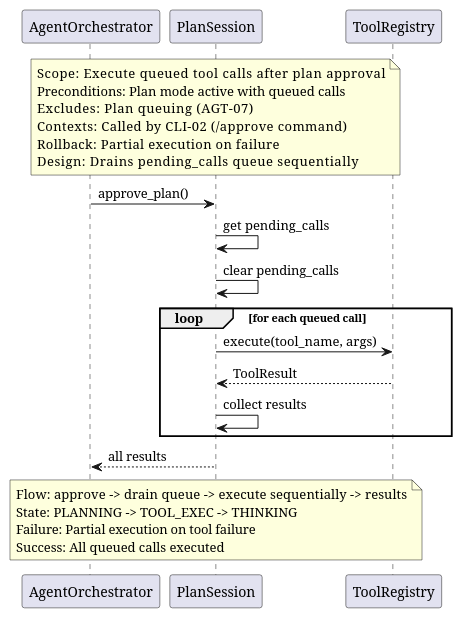
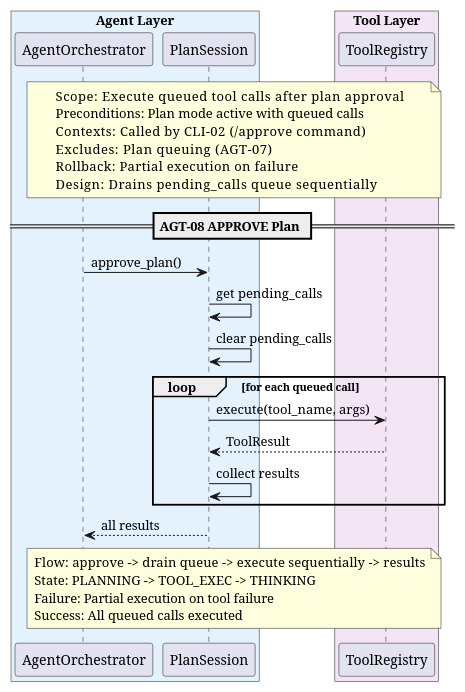
The diagram in docs/sq/AGT/sq_agt08_approve_plan.puml (salimnamvar/nasim), drawn with PlantUML before and after one commit. The commit also changed 37 other files, not shown here.

First line of the commit message:
docs: Refactor and enhance SQ, CTX, LLM, PRV, SAF, SSN, and TL diagrams for clarity and consistency

```diff
--- a/docs/sq/AGT/sq_agt08_approve_plan.puml
+++ b/docs/sq/AGT/sq_agt08_approve_plan.puml
@@ -1,49 +1,50 @@
 @startuml sq_agt08_approve_plan
 ' ============================================================
 ' Title:     AGT-08 — APPROVE Plan
 ' Boundary:  nasim code agent CLI
 ' Purpose:   Execute queued tool calls from plan mode
 ' Milestone: v1.0
 ' Version:   2.0.0
 ' Source:    docs/audit/audit_2026-06-20_capability-and-architecture.md
 ' Review:    —
 ' ============================================================
 
-participant "AgentOrchestrator" as agent
-participant "PlanSession" as plan
-participant "ToolRegistry" as registry
-
 box "Agent Layer" #E3F2FD
+  participant "AgentOrchestrator" as agent
+  participant "PlanSession" as plan
 end box
 box "Tool Layer" #F3E5F5
+  participant "ToolRegistry" as registry
 end box
 
-note over plan
+note over agent, registry
   Scope:          Execute queued tool calls after plan approval
   Preconditions:  Plan mode active with queued calls
+  Contexts:       Called by CLI-02 (/approve command)
   Excludes:       Plan queuing (AGT-07)
-  Contexts:       Called by CLI-02 (/approve command)
   Rollback:       Partial execution on failure
   Design:         Drains pending_calls queue sequentially
 end note
+
+== AGT-08 APPROVE Plan ==
 
 agent -> plan : approve_plan()
 plan -> plan : get pending_calls
 plan -> plan : clear pending_calls
 
 loop for each queued call
     plan -> registry : execute(tool_name, args)
     registry --> plan : ToolResult
     plan -> plan : collect results
 end
 
 plan --> agent : all results
 
-note over plan
+note over agent, registry
   Flow:    approve -> drain queue -> execute sequentially -> results
   State:   PLANNING -> TOOL_EXEC -> THINKING
   Failure: Partial execution on tool failure
   Success: All queued calls executed
 end note
 
 @enduml
```
